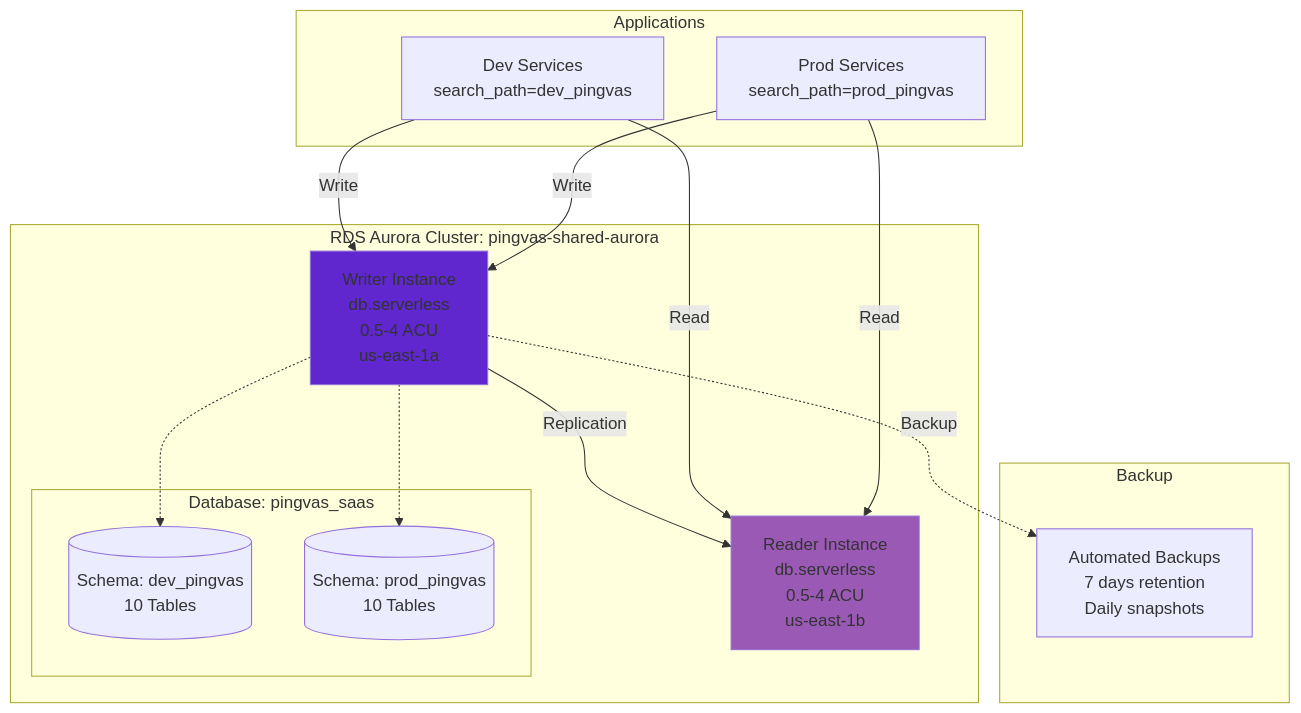
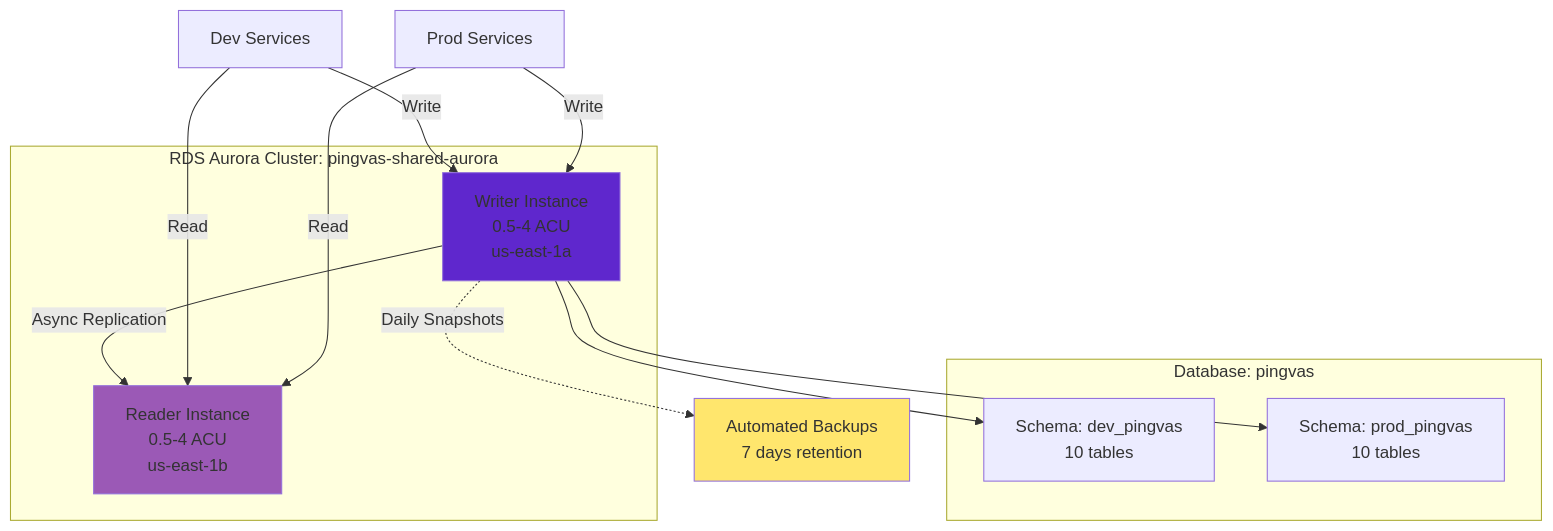
One commit to Pinksea-AI/InvokeAI changed the seventh of 15 diagrams in docs/final-architecture/01-aws-architecture-diagram.md. Above: the diagram before and after it, drawn with Mermaid. The commit also changed other lines of this file, not shown here.

First line of the commit message:
fix: Simplify Mermaid diagrams in AWS architecture document

````diff
--- a/docs/final-architecture/01-aws-architecture-diagram.md
+++ b/docs/final-architecture/01-aws-architecture-diagram.md
@@ -421,37 +309,31 @@
 ```mermaid
 graph TB
-    subgraph "RDS Aurora Cluster: pingvas-shared-aurora"
-        Writer[Writer Instance<br/>db.serverless<br/>0.5-4 ACU<br/>us-east-1a]
+    subgraph Aurora[RDS Aurora Cluster: pingvas-shared-aurora]
+        Writer[Writer Instance<br/>0.5-4 ACU<br/>us-east-1a]
+        Reader[Reader Instance<br/>0.5-4 ACU<br/>us-east-1b]
 
-        Reader[Reader Instance<br/>db.serverless<br/>0.5-4 ACU<br/>us-east-1b]
-
-        Writer -->|Replication| Reader
-
-        subgraph "Database: pingvas_saas"
-            DevSchema[(Schema: dev_pingvas<br/>10 Tables)]
-            ProdSchema[(Schema: prod_pingvas<br/>10 Tables)]
-        end
+        Writer -->|Async Replication| Reader
     end
 
-    subgraph "Applications"
-        DevApps[Dev Services<br/>search_path=dev_pingvas]
-        ProdApps[Prod Services<br/>search_path=prod_pingvas]
+    subgraph Database[Database: pingvas]
+        DevSchema[Schema: dev_pingvas<br/>10 tables]
+        ProdSchema[Schema: prod_pingvas<br/>10 tables]
     end
 
-    DevApps -->|Write| Writer
+    DevApps[Dev Services] -->|Write| Writer
     DevApps -->|Read| Reader
-    ProdApps -->|Write| Writer
+
+    ProdApps[Prod Services] -->|Write| Writer
     ProdApps -->|Read| Reader
 
-    Writer -.-> DevSchema
-    Writer -.-> ProdSchema
+    Writer --> DevSchema
+    Writer --> ProdSchema
 
-    subgraph "Backup"
-        AutoBackup[Automated Backups<br/>7 days retention<br/>Daily snapshots]
-    end
+    Backup[Automated Backups<br/>7 days retention]
 
-    Writer -.->|Backup| AutoBackup
+    Writer -.->|Daily Snapshots| Backup
 
     style Writer fill:#5F27CD
     style Reader fill:#9B59B6
+    style Backup fill:#FFE66D
 ```
````
